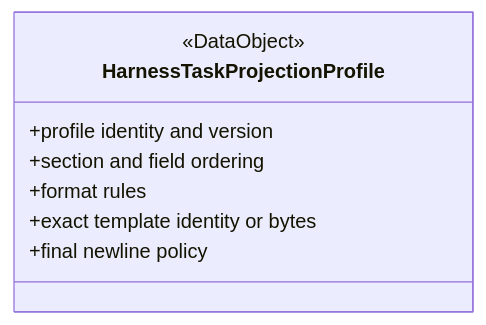
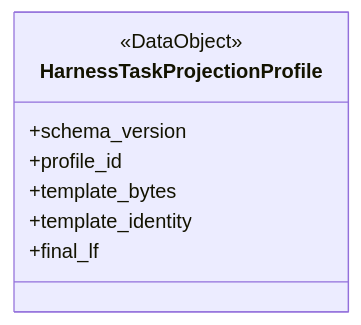
Before and after one commit to eragasa/ksdft2effmass: the tenth of 20 diagrams in docs/harness/ksdft2effmass.harness.002.001.010.md, drawn with Mermaid. The commit also changed other lines of this file and 7 other files, not shown here.

````diff
--- a/docs/harness/ksdft2effmass.harness.002.001.010.md
+++ b/docs/harness/ksdft2effmass.harness.002.001.010.md
@@ -453,11 +472,11 @@
 ```mermaid
 classDiagram
     class HarnessTaskProjectionProfile {
         <<DataObject>>
-        +profile identity and version
-        +section and field ordering
-        +format rules
-        +exact template identity or bytes
-        +final newline policy
+        +schema_version
+        +profile_id
+        +template_bytes
+        +template_identity
+        +final_lf
     }
 ```
````
